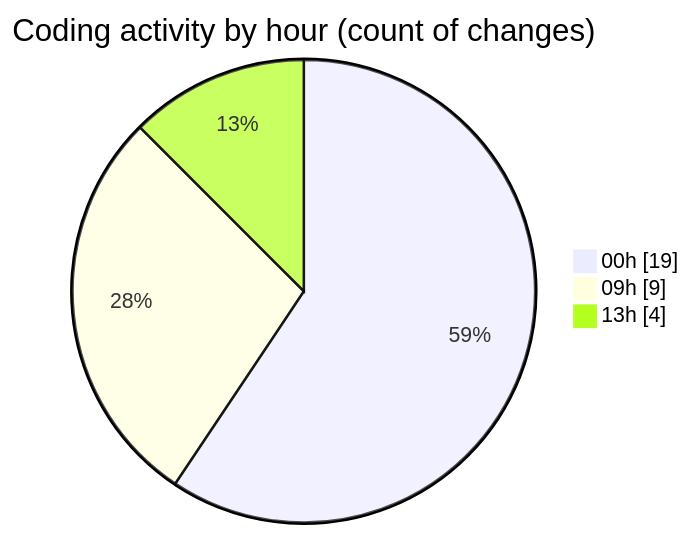
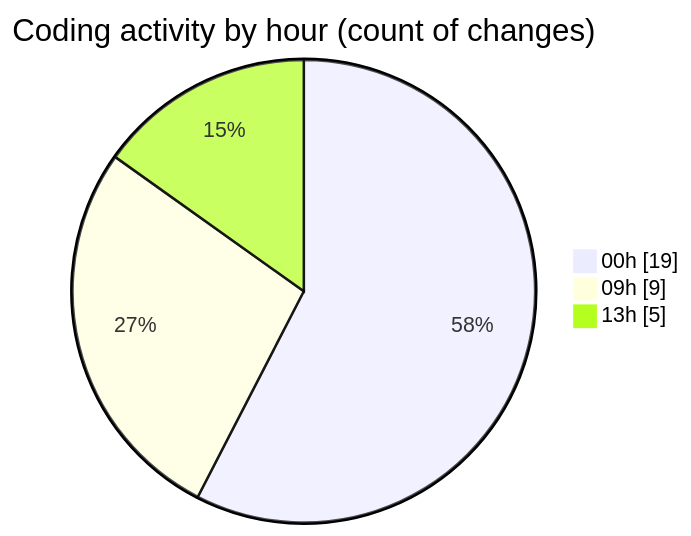
Before and after one commit to EIIisD/code-tracking: the second of 2 diagrams in 2025-08-12/ribbon/README.md, drawn with Mermaid. The commit also changed other lines of this file and 1 other file, not shown here.

````diff
--- a/2025-08-12/ribbon/README.md
+++ b/2025-08-12/ribbon/README.md
@@ -47,7 +47,7 @@
 ```mermaid
 pie showData
 title Coding activity by hour (count of changes)
 "00h" : 19
 "09h" : 9
-"13h" : 4
+"13h" : 5
 ```
````
